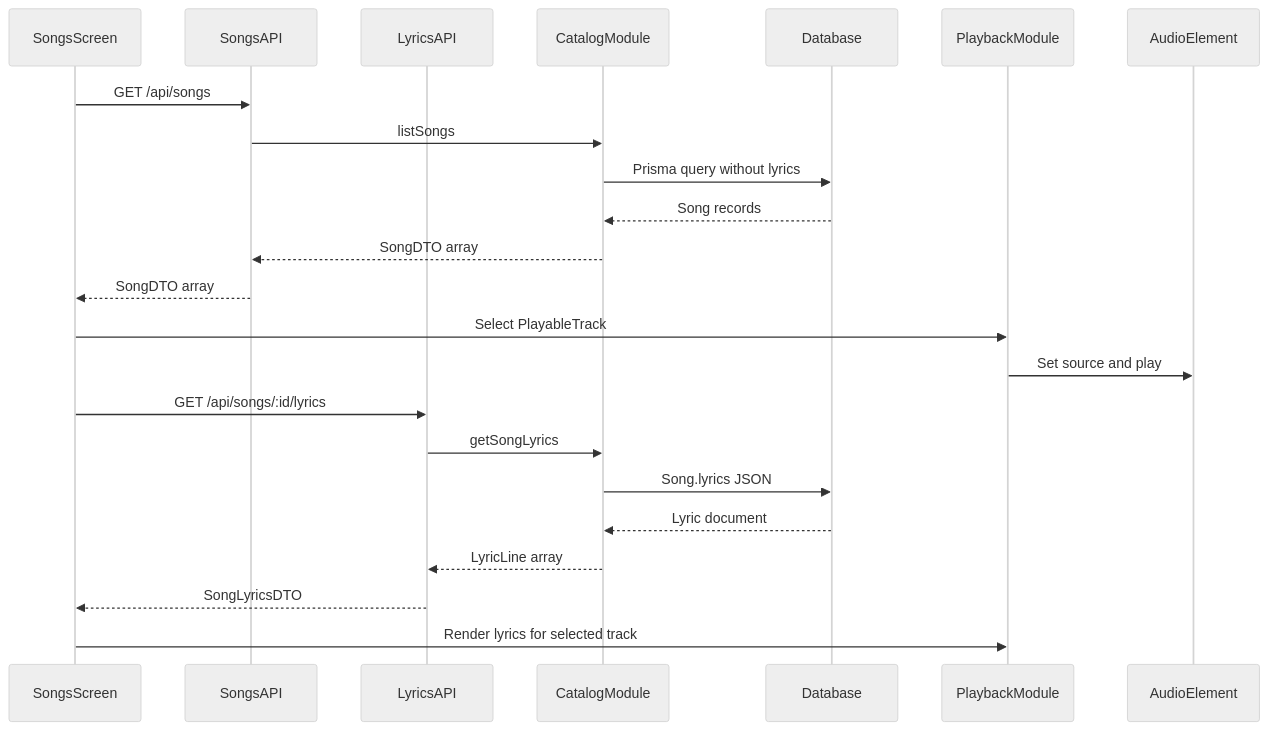
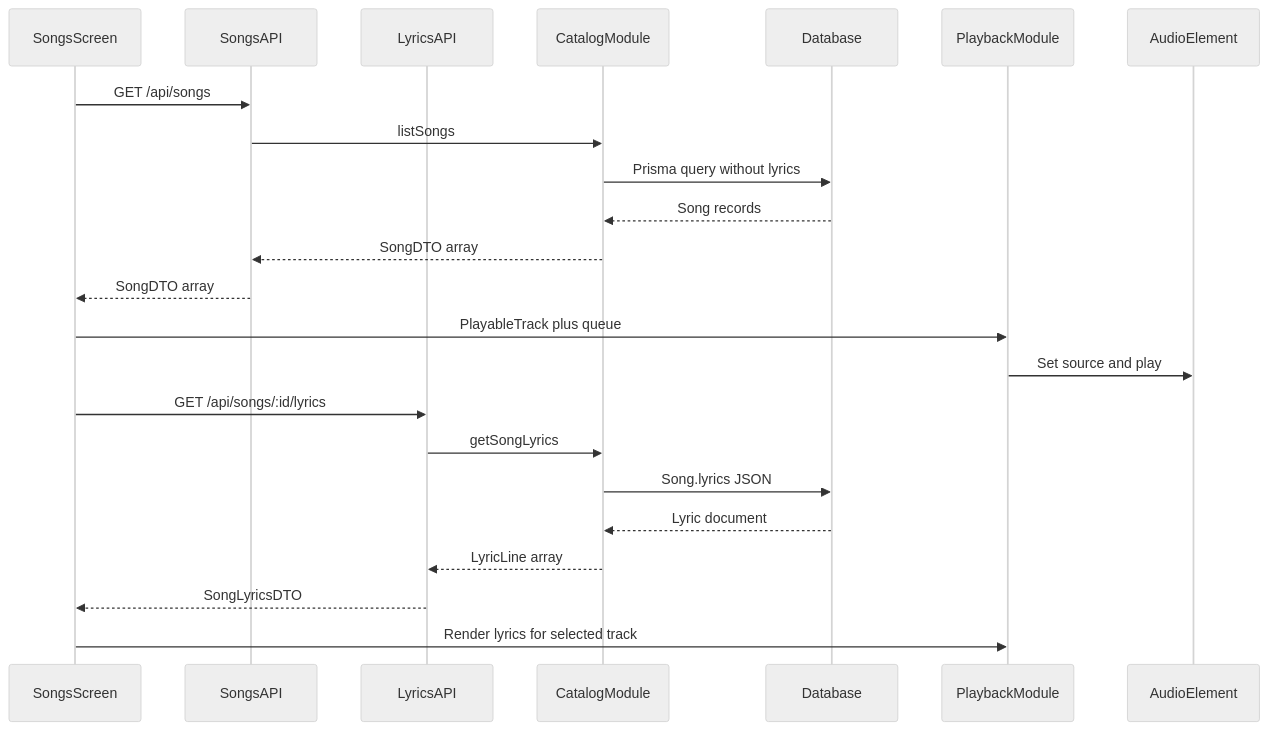
The second of 2 diagrams in docs/architecture/overview.md (Mikaila94/spotify), drawn with Mermaid (neutral theme) before and after one commit. The commit also changed other lines of this file and 10 other files, not shown here.

````diff
--- a/docs/architecture/overview.md
+++ b/docs/architecture/overview.md
@@ -86,26 +86,26 @@
 ```mermaid
 sequenceDiagram
   participant SongsScreen
   participant SongsAPI
   participant LyricsAPI
   participant CatalogModule
   participant Database
   participant PlaybackModule
   participant AudioElement
 
   SongsScreen->>SongsAPI: GET /api/songs
   SongsAPI->>CatalogModule: listSongs
   CatalogModule->>Database: Prisma query without lyrics
   Database-->>CatalogModule: Song records
   CatalogModule-->>SongsAPI: SongDTO array
   SongsAPI-->>SongsScreen: SongDTO array
-  SongsScreen->>PlaybackModule: Select PlayableTrack
+  SongsScreen->>PlaybackModule: PlayableTrack plus queue
   PlaybackModule->>AudioElement: Set source and play
   SongsScreen->>LyricsAPI: GET /api/songs/:id/lyrics
   LyricsAPI->>CatalogModule: getSongLyrics
   CatalogModule->>Database: Song.lyrics JSON
   Database-->>CatalogModule: Lyric document
   CatalogModule-->>LyricsAPI: LyricLine array
   LyricsAPI-->>SongsScreen: SongLyricsDTO
   SongsScreen->>PlaybackModule: Render lyrics for selected track
 ```
````
